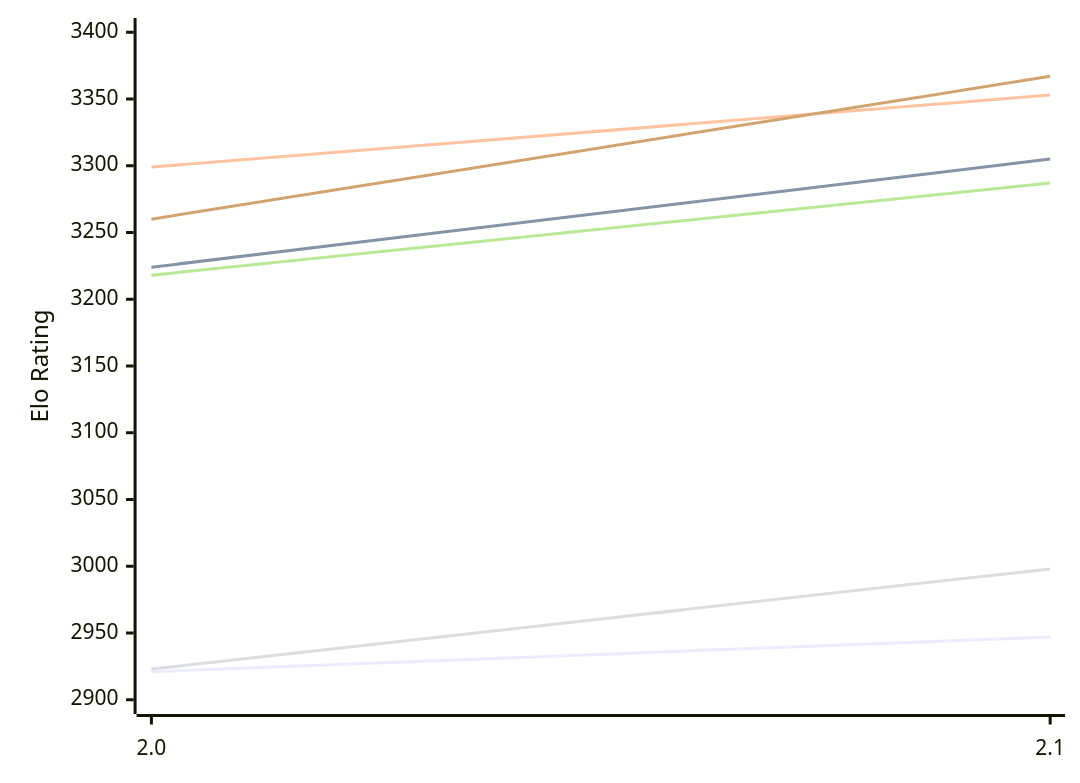
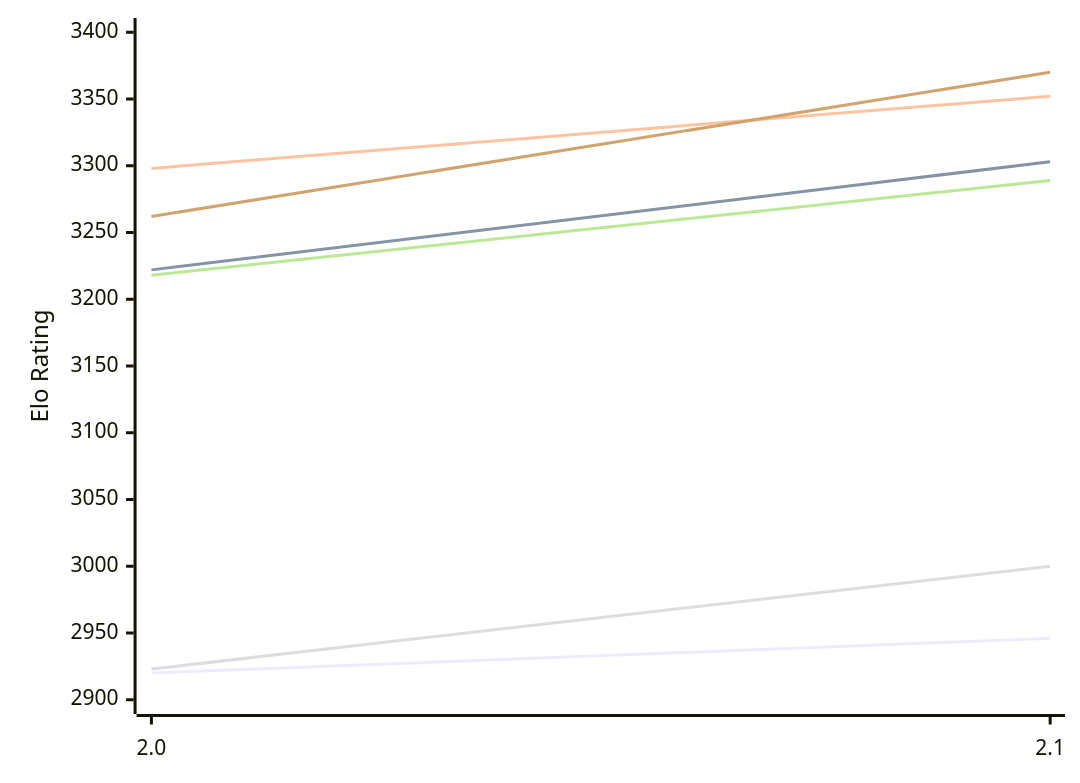
Before and after one commit to computer-chess-index/cci: the first of 2 diagrams in engines/Onslaught.md, drawn with Mermaid. The commit also changed other lines of this file, not shown here.

Commit message:
Update CCI Ratings (ELO VLTC) - 2026-11-28

````diff
--- a/engines/Onslaught.md
+++ b/engines/Onslaught.md
@@ -50,12 +50,12 @@
 ```mermaid
 %%{init: {"theme":"base","themeVariables":{"seriesColors:['#a3a3a3','#222221','#faa371']}}}%%
 xychart-beta
   x-axis ["2.0", "2.1"]
   y-axis "Elo Rating" 2900 --> 3400
-  line "E1: STC (8.0+0.08s)" [2921, 2947]
-  line "E1: LTC (60.0+0.60s)" [3224, 3305]
-  line "E1: VLTC (2m24s+1.12s)" [3299, 3353]
-  line "P1: STC (8.0+0.08s)" [2923, 2998]
-  line "P1: LTC (60.0+0.60s)" [3218, 3287]
-  line "P1: VLTC (2m24s+1.12s)" [3260, 3367]
+  line "E1: STC (8.0+0.08s)" [2920, 2946]
+  line "E1: LTC (60.0+0.60s)" [3222, 3303]
+  line "E1: VLTC (2m24s+1.12s)" [3298, 3352]
+  line "P1: STC (8.0+0.08s)" [2923, 3000]
+  line "P1: LTC (60.0+0.60s)" [3218, 3289]
+  line "P1: VLTC (2m24s+1.12s)" [3262, 3370]
 ```
````
